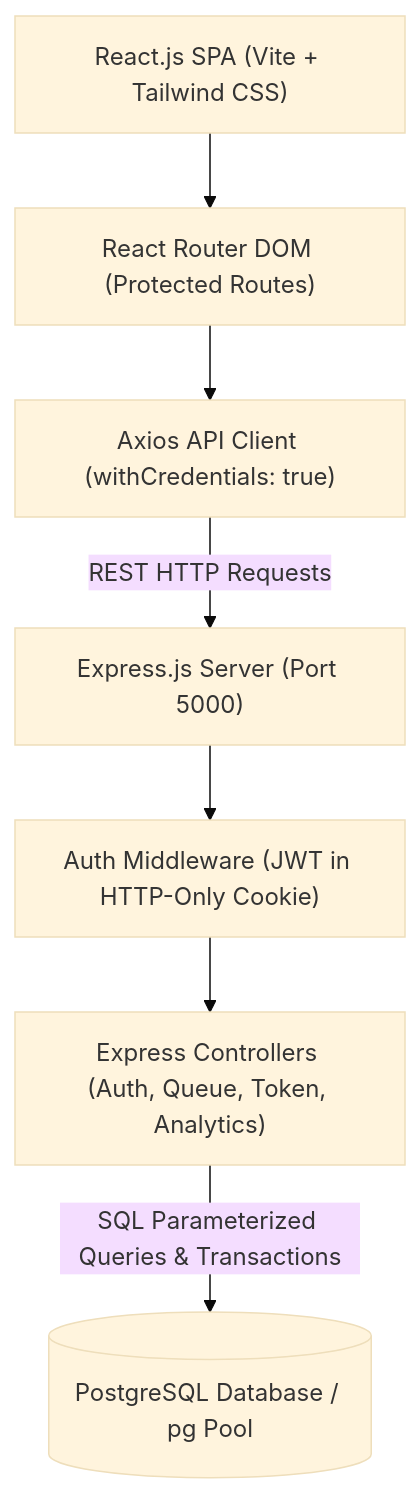
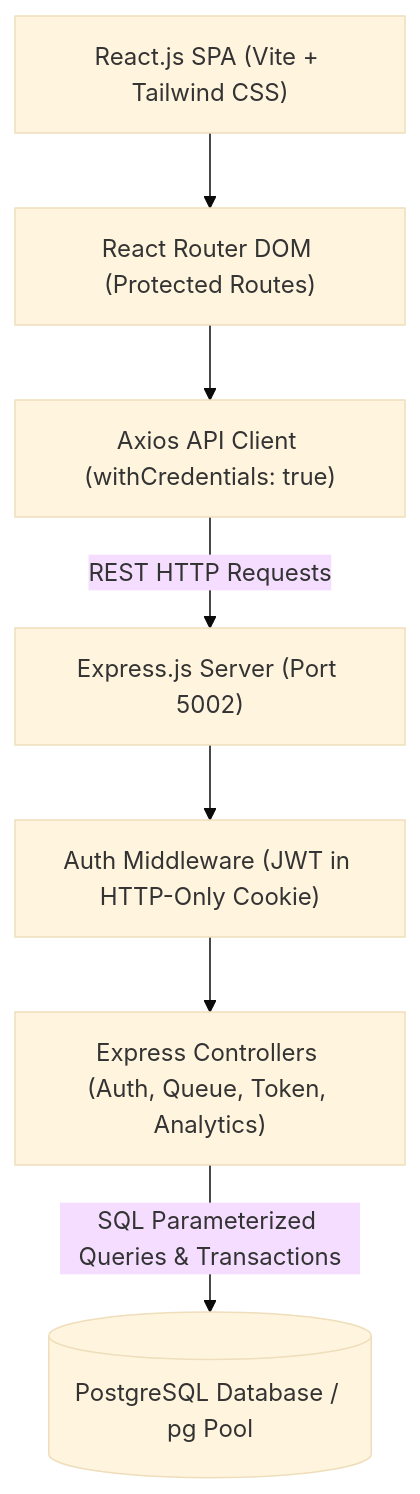
The first of 2 diagrams in README.md (Shrijan18/rugas-queueflow), drawn with Mermaid (base theme) before and after one commit. The commit also changed other lines of this file, not shown here.

Commit message:
docs: standardize backend port reference to 5002 in README

````diff
--- a/README.md
+++ b/README.md
@@ -38,19 +38,19 @@
 ```mermaid
 flowchart TD
     Client["React.js SPA (Vite + Tailwind CSS)"]
     Router["React Router DOM (Protected Routes)"]
     AxiosService["Axios API Client (withCredentials: true)"]
     
-    ExpressApp["Express.js Server (Port 5000)"]
+    ExpressApp["Express.js Server (Port 5002)"]
     AuthMiddleware["Auth Middleware (JWT in HTTP-Only Cookie)"]
     Controllers["Express Controllers (Auth, Queue, Token, Analytics)"]
     
     PostgreSQL[("PostgreSQL Database / pg Pool")]
     
     Client --> Router
     Router --> AxiosService
     AxiosService -->|REST HTTP Requests| ExpressApp
     ExpressApp --> AuthMiddleware
     AuthMiddleware --> Controllers
     Controllers -->|SQL Parameterized Queries & Transactions| PostgreSQL
 ```
````
